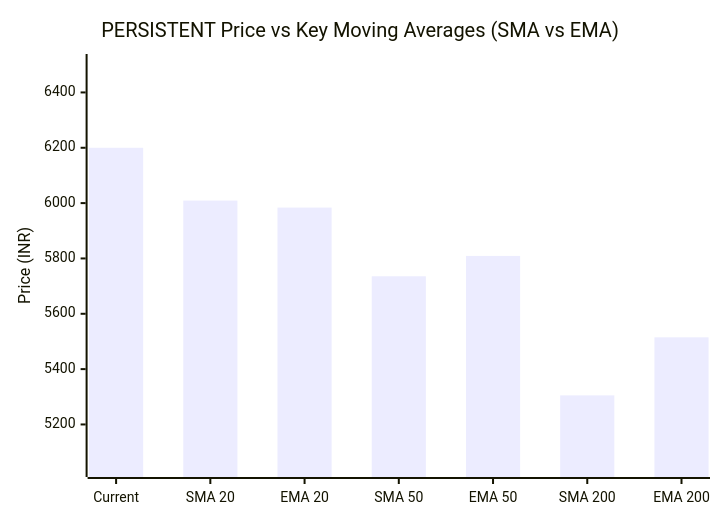
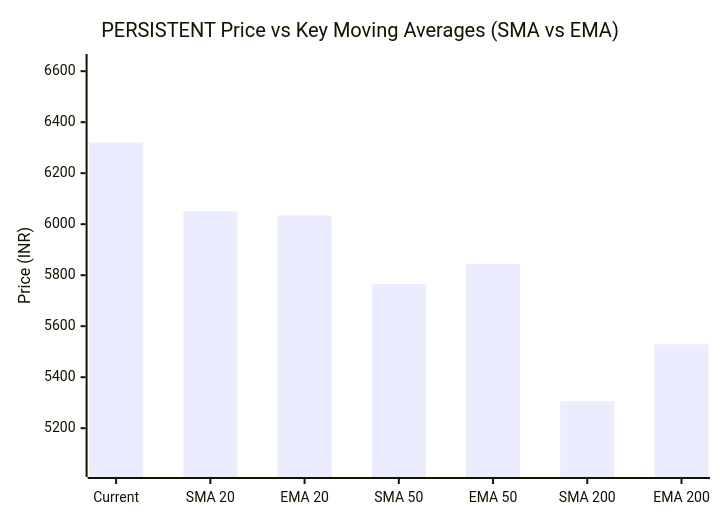
One commit to purnareddy9/dev changed the third of 3 diagrams in market-intelligence/stocks/PERSISTENT/README.md. Above: the diagram before and after it, drawn with Mermaid. The commit also changed other lines of this file and 4 other files, not shown here.

````diff
--- a/market-intelligence/stocks/PERSISTENT/README.md
+++ b/market-intelligence/stocks/PERSISTENT/README.md
@@ -104,7 +104,7 @@
 ```mermaid
 xychart-beta
     title "PERSISTENT Price vs Key Moving Averages (SMA vs EMA)"
     x-axis ["Current", "SMA 20", "EMA 20", "SMA 50", "EMA 50", "SMA 200", "EMA 200"]
-    y-axis "Price (INR)" 5039 --> 6510
-    bar [6200.0, 6009.2, 5983.92, 5735.46, 5809.11, 5305.08, 5514.97]
+    y-axis "Price (INR)" 5040 --> 6636
+    bar [6320.0, 6051.18, 6034.55, 5765.35, 5843.87, 5305.88, 5529.73]
 ```
````
